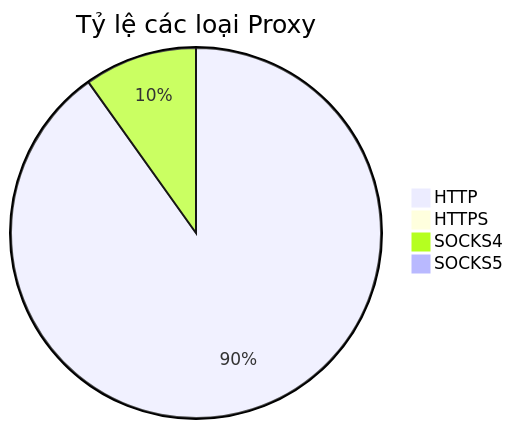
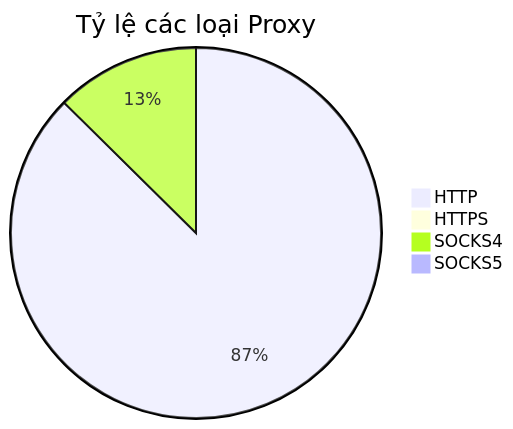
Before and after one commit to Ciara-Aa/PROXY-free: the diagram in README.md, drawn with Mermaid. The commit also changed other lines of this file and 2 other files, not shown here.

````diff
--- a/README.md
+++ b/README.md
@@ -26,7 +26,7 @@
 ```mermaid
 pie title Tỷ lệ các loại Proxy
-    "HTTP" : 128
+    "HTTP" : 111
     "HTTPS" : 0
-    "SOCKS4" : 14
+    "SOCKS4" : 16
     "SOCKS5" : 0
 ```
````
